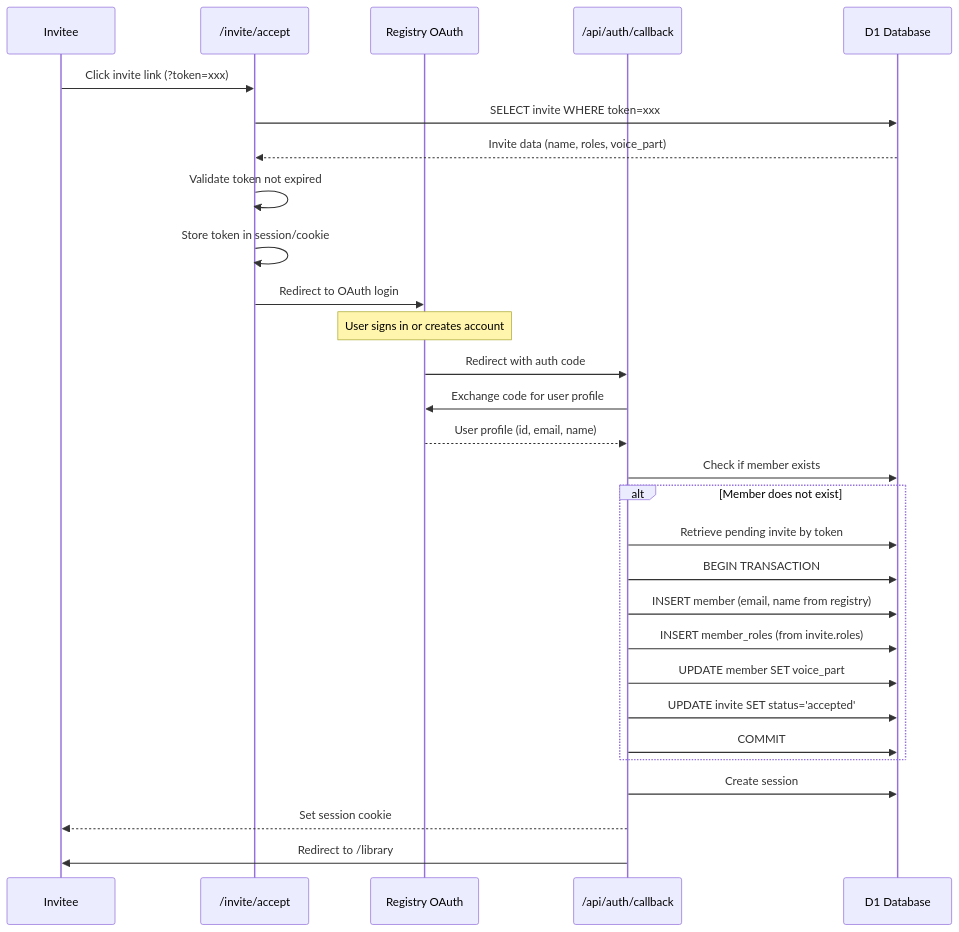
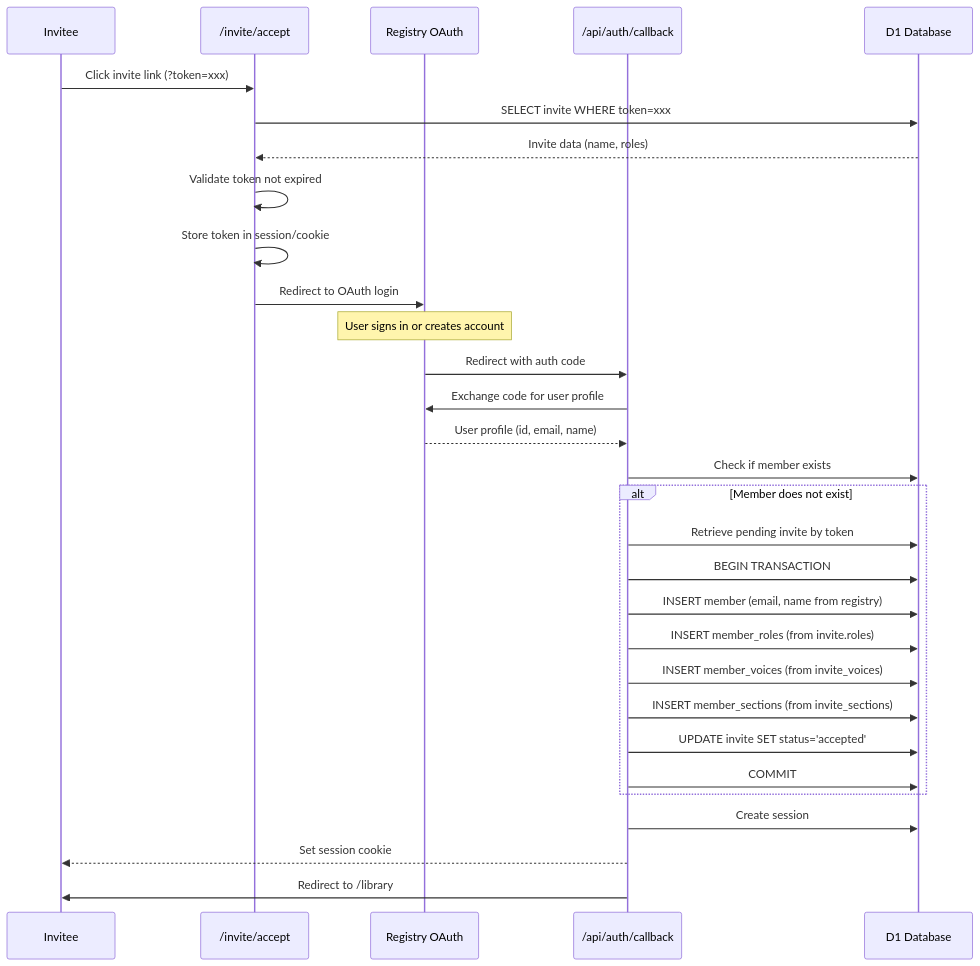
One commit to mitselek/polyphony changed the second of 2 diagrams in apps/vault/docs/invitation-flow.md. Above: the diagram before and after it, drawn with Mermaid. The commit also changed other lines of this file and 9 other files, not shown here.

First line of the commit message:
fix: Remove legacy voice_part references (#82)

````diff
--- a/apps/vault/docs/invitation-flow.md
+++ b/apps/vault/docs/invitation-flow.md
@@ -122,32 +122,33 @@
 ```mermaid
 sequenceDiagram
     participant Invitee
     participant Accept as /invite/accept
     participant Registry as Registry OAuth
     participant Callback as /api/auth/callback
     participant DB as D1 Database
 
     Invitee->>Accept: Click invite link (?token=xxx)
     Accept->>DB: SELECT invite WHERE token=xxx
-    DB-->>Accept: Invite data (name, roles, voice_part)
+    DB-->>Accept: Invite data (name, roles)
     Accept->>Accept: Validate token not expired
     Accept->>Accept: Store token in session/cookie
     Accept->>Registry: Redirect to OAuth login
     Note over Registry: User signs in or creates account
     Registry->>Callback: Redirect with auth code
     Callback->>Registry: Exchange code for user profile
     Registry-->>Callback: User profile (id, email, name)
     Callback->>DB: Check if member exists
     alt Member does not exist
         Callback->>DB: Retrieve pending invite by token
         Callback->>DB: BEGIN TRANSACTION
         Callback->>DB: INSERT member (email, name from registry)
         Callback->>DB: INSERT member_roles (from invite.roles)
-        Callback->>DB: UPDATE member SET voice_part
+        Callback->>DB: INSERT member_voices (from invite_voices)
+        Callback->>DB: INSERT member_sections (from invite_sections)
         Callback->>DB: UPDATE invite SET status='accepted'
         Callback->>DB: COMMIT
     end
     Callback->>DB: Create session
     Callback-->>Invitee: Set session cookie
     Callback->>Invitee: Redirect to /library
 ```
````
